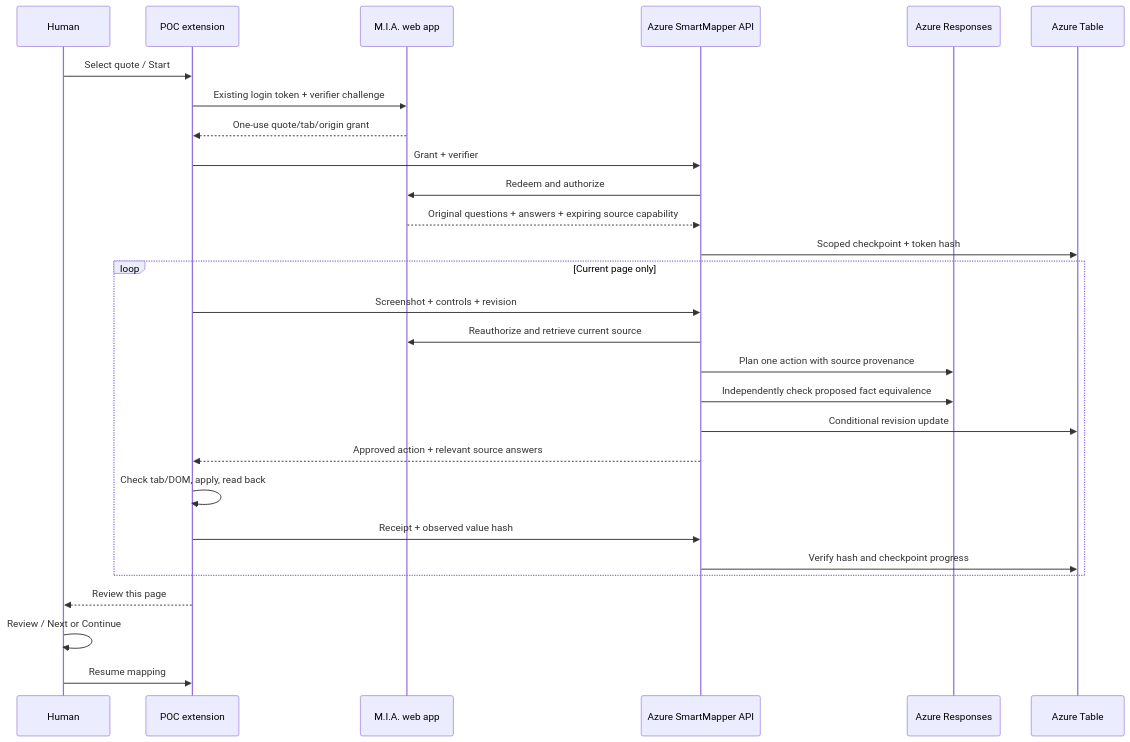
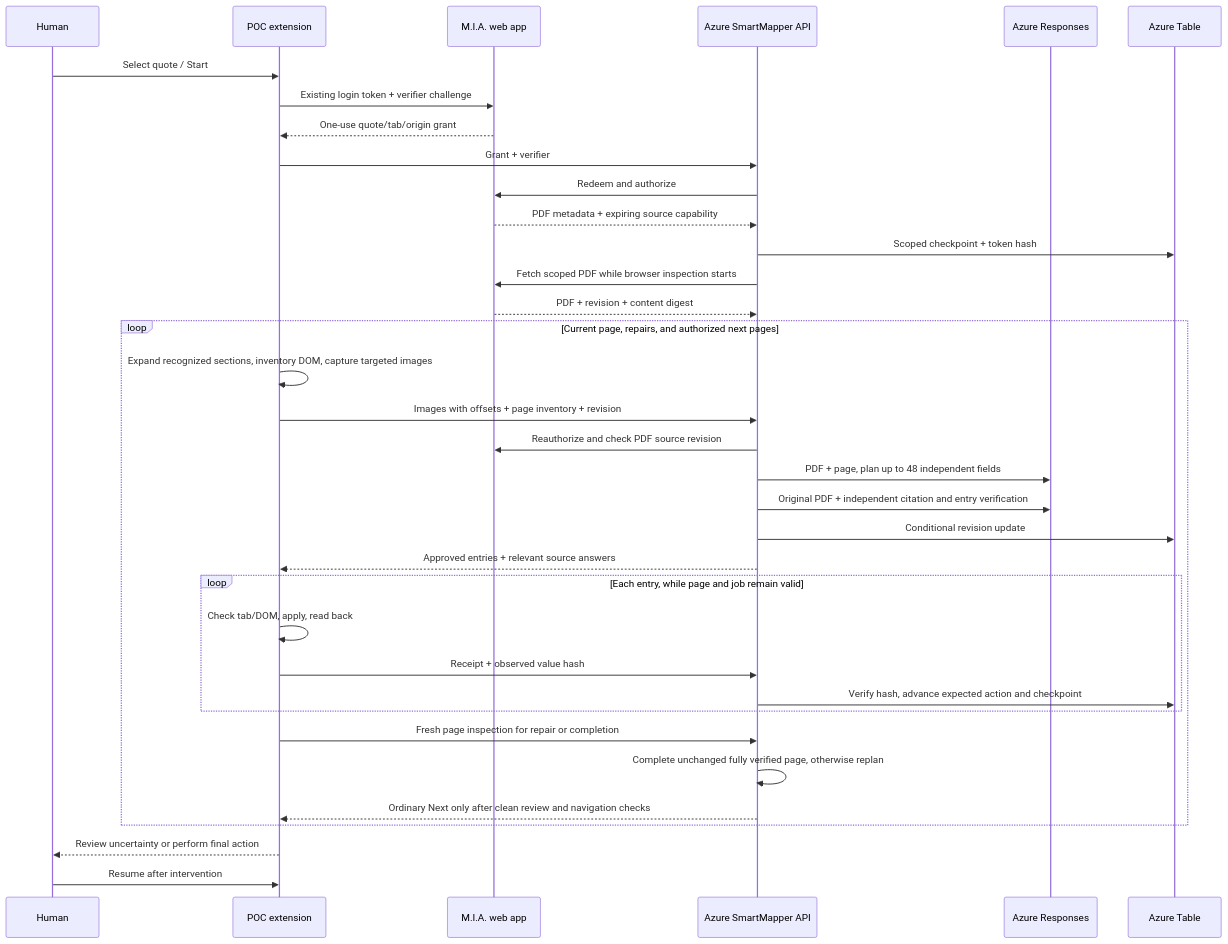
The diagram in docs/ARCHITECTURE.md (dominickg87/Capstone-SmartMapper), drawn with Mermaid before and after one commit. The commit also changed other lines of this file and 47 other files, not shown here.

````diff
--- a/docs/ARCHITECTURE.md
+++ b/docs/ARCHITECTURE.md
@@ -5,30 +5,37 @@
 ```mermaid
 sequenceDiagram
     participant Human
     participant Extension as POC extension
     participant MIA as M.I.A. web app
     participant API as Azure SmartMapper API
     participant Model as Azure Responses
     participant Table as Azure Table
     Human->>Extension: Select quote / Start
     Extension->>MIA: Existing login token + verifier challenge
     MIA-->>Extension: One-use quote/tab/origin grant
     Extension->>API: Grant + verifier
     API->>MIA: Redeem and authorize
-    MIA-->>API: Original questions + answers + expiring source capability
+    MIA-->>API: PDF metadata + expiring source capability
     API->>Table: Scoped checkpoint + token hash
-    loop Current page only
-        Extension->>API: Screenshot + controls + revision
-        API->>MIA: Reauthorize and retrieve current source
-        API->>Model: Plan one action with source provenance
-        API->>Model: Independently check proposed fact equivalence
+    API->>MIA: Fetch scoped PDF while browser inspection starts
+    MIA-->>API: PDF + revision + content digest
+    loop Current page, repairs, and authorized next pages
+        Extension->>Extension: Expand recognized sections, inventory DOM, capture targeted images
+        Extension->>API: Images with offsets + page inventory + revision
+        API->>MIA: Reauthorize and check PDF source revision
+        API->>Model: PDF + page, plan up to 48 independent fields
+        API->>Model: Original PDF + independent citation and entry verification
         API->>Table: Conditional revision update
-        API-->>Extension: Approved action + relevant source answers
-        Extension->>Extension: Check tab/DOM, apply, read back
-        Extension->>API: Receipt + observed value hash
-        API->>Table: Verify hash and checkpoint progress
+        API-->>Extension: Approved entries + relevant source answers
+        loop Each entry, while page and job remain valid
+            Extension->>Extension: Check tab/DOM, apply, read back
+            Extension->>API: Receipt + observed value hash
+            API->>Table: Verify hash, advance expected action and checkpoint
+        end
+        Extension->>API: Fresh page inspection for repair or completion
+        API->>API: Complete unchanged fully verified page, otherwise replan
+        API-->>Extension: Ordinary Next only after clean review and navigation checks
     end
-    Extension-->>Human: Review this page
-    Human->>Human: Review / Next or Continue
-    Human->>Extension: Resume mapping
+    Extension-->>Human: Review uncertainty or perform final action
+    Human->>Extension: Resume after intervention
 ```
````
